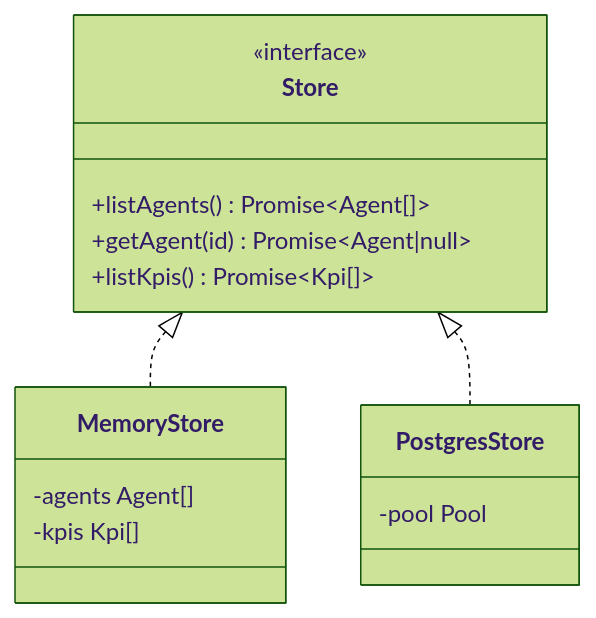
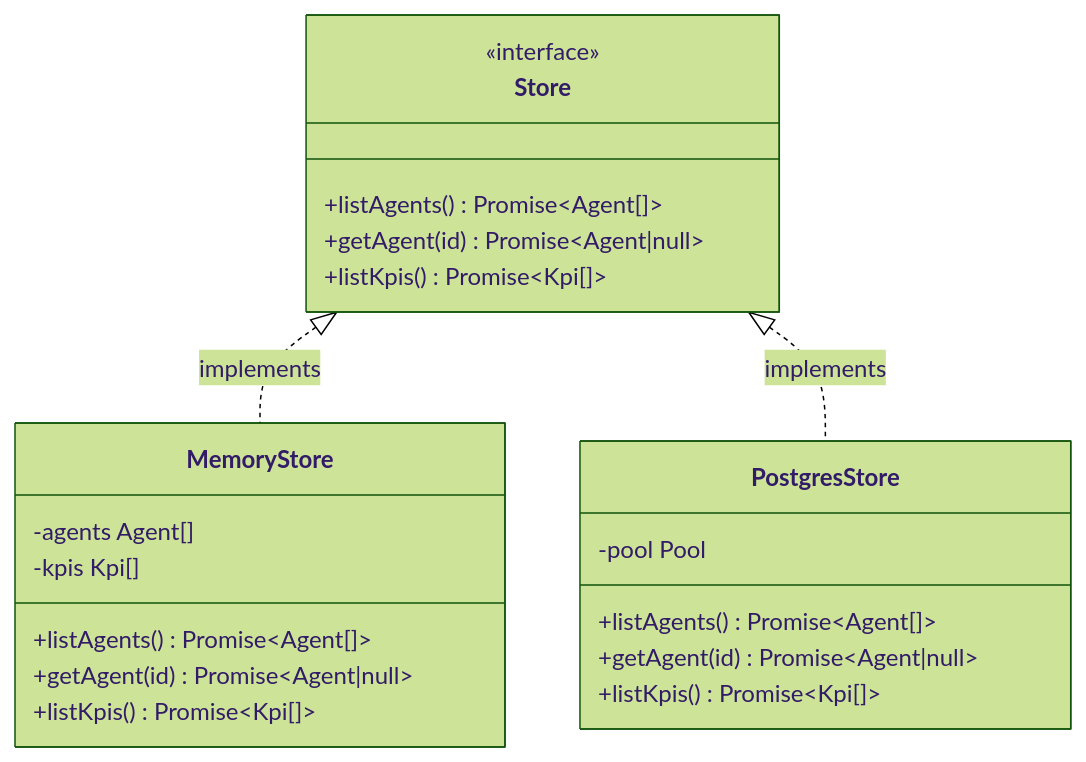
Before and after one commit to Gunashekharp/sdlc-sample-worflow: the diagram in docs-site/src/content/docs/backend/stores.md, drawn with Mermaid (forest theme). The commit also changed other lines of this file and 52 other files, not shown here.

````diff
--- a/docs-site/src/content/docs/backend/stores.md
+++ b/docs-site/src/content/docs/backend/stores.md
@@ -28,18 +28,27 @@
 ```mermaid
 classDiagram
-  class Store {
-    <<interface>>
-    +listAgents() Promise~Agent[]~
-    +getAgent(id) Promise~Agent|null~
-    +listKpis() Promise~Kpi[]~
-  }
-  class MemoryStore {
-    -agents Agent[]
-    -kpis Kpi[]
-  }
-  class PostgresStore {
-    -pool Pool
-  }
-  Store <|.. MemoryStore
-  Store <|.. PostgresStore
+    class Store {
+        <<interface>>
+        +listAgents() Promise~Agent[]~
+        +getAgent(id) Promise~Agent|null~
+        +listKpis() Promise~Kpi[]~
+    }
+
+    class MemoryStore {
+        -agents Agent[]
+        -kpis Kpi[]
+        +listAgents() Promise~Agent[]~
+        +getAgent(id) Promise~Agent|null~
+        +listKpis() Promise~Kpi[]~
+    }
+
+    class PostgresStore {
+        -pool Pool
+        +listAgents() Promise~Agent[]~
+        +getAgent(id) Promise~Agent|null~
+        +listKpis() Promise~Kpi[]~
+    }
+
+    Store <|.. MemoryStore : implements
+    Store <|.. PostgresStore : implements
 ```
````
